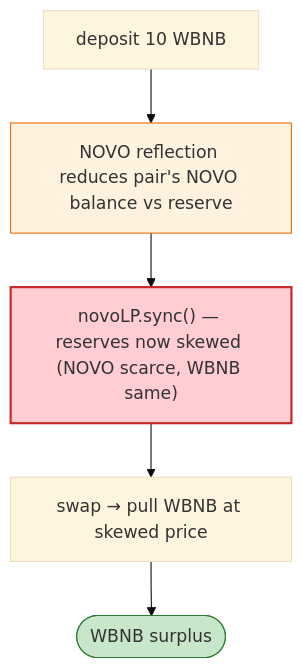
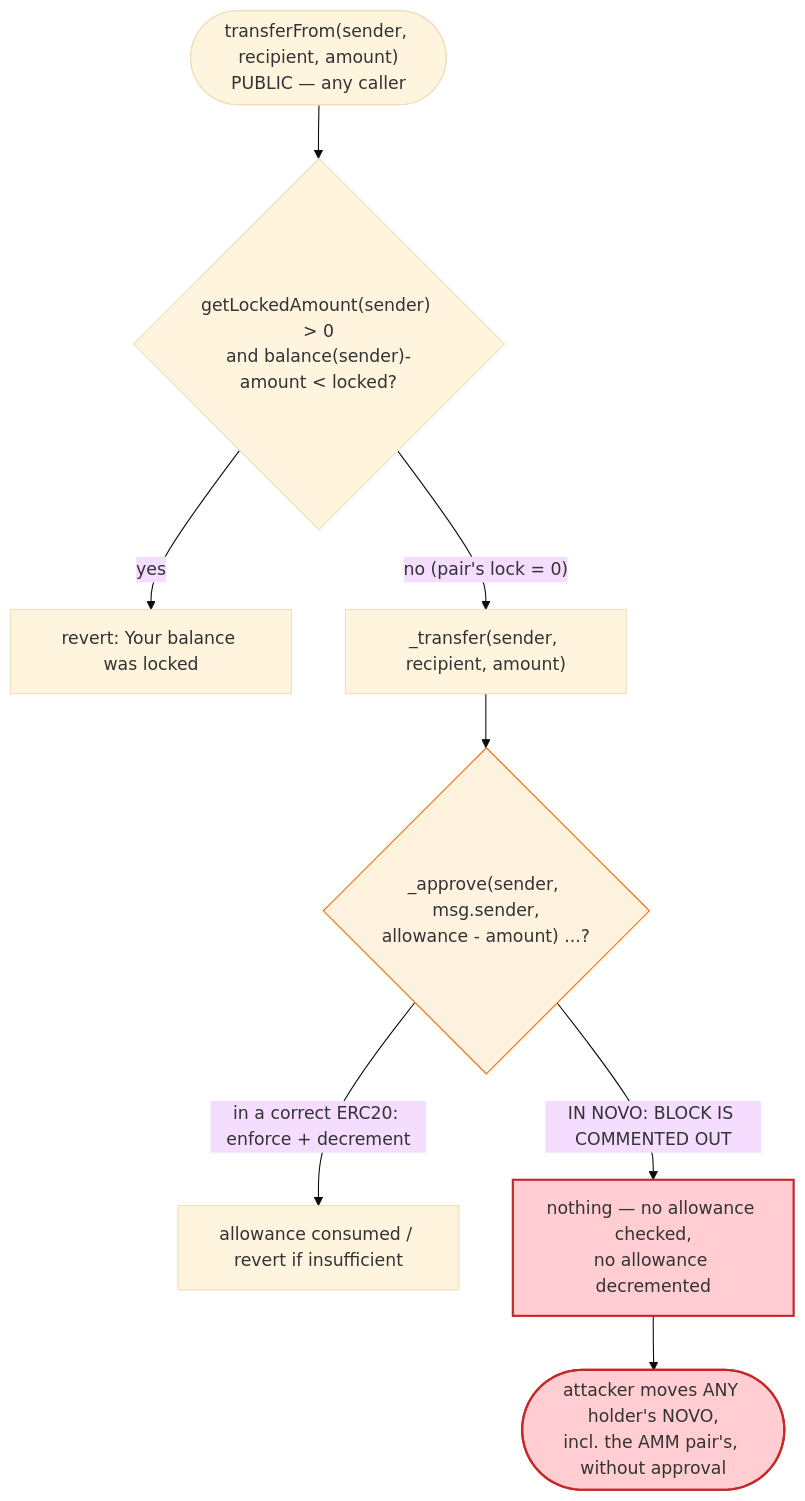
Before and after one commit to sanbir/evm-hack-registry: the third of 4 diagrams in 2022-05-Novo_exp/Novo_exp.md, drawn with Mermaid (base theme). The commit also changed other lines of this file and 52 other files, not shown here.

````diff
--- a/2022-05-Novo_exp/Novo_exp.md
+++ b/2022-05-Novo_exp/Novo_exp.md
@@ -39,11 +363,14 @@
 ```mermaid
 flowchart TD
-    D["deposit 10 WBNB"] --> R["NOVO reflection reduces pair's NOVO balance vs reserve"]
-    R --> S["novoLP.sync() — reserves now skewed (NOVO scarce, WBNB same)"]
-    S --> SW["swap → pull WBNB at skewed price"]
-    SW --> OUT(["WBNB surplus"])
+    Start(["transferFrom(sender, recipient, amount)<br/>PUBLIC — any caller"]) --> Lock{"getLockedAmount(sender) > 0<br/>and balance(sender)-amount < locked?"}
+    Lock -- yes --> Rev["revert: Your balance was locked"]
+    Lock -- "no (pair's lock = 0)" --> T["_transfer(sender, recipient, amount)"]
+    T --> Apr{"_approve(sender, msg.sender,<br/>allowance - amount) ...?"}
+    Apr -- "in a correct ERC20: enforce + decrement" --> Ok1["allowance consumed / revert if insufficient"]
+    Apr -- "IN NOVO: BLOCK IS COMMENTED OUT" --> Skip["nothing — no allowance checked,<br/>no allowance decremented"]
+    Skip --> Out(["attacker moves ANY holder's NOVO,<br/>incl. the AMM pair's, without approval"])
 
-    style R fill:#fff3e0,stroke:#ef6c00
-    style S fill:#ffcdd2,stroke:#c62828,stroke-width:2px
-    style OUT fill:#c8e6c9,stroke:#2e7d32
+    style Skip fill:#ffcdd2,stroke:#c62828,stroke-width:2px
+    style Out fill:#ffcdd2,stroke:#c62828,stroke-width:2px
+    style Apr fill:#fff3e0,stroke:#ef6c00
 ```
````
